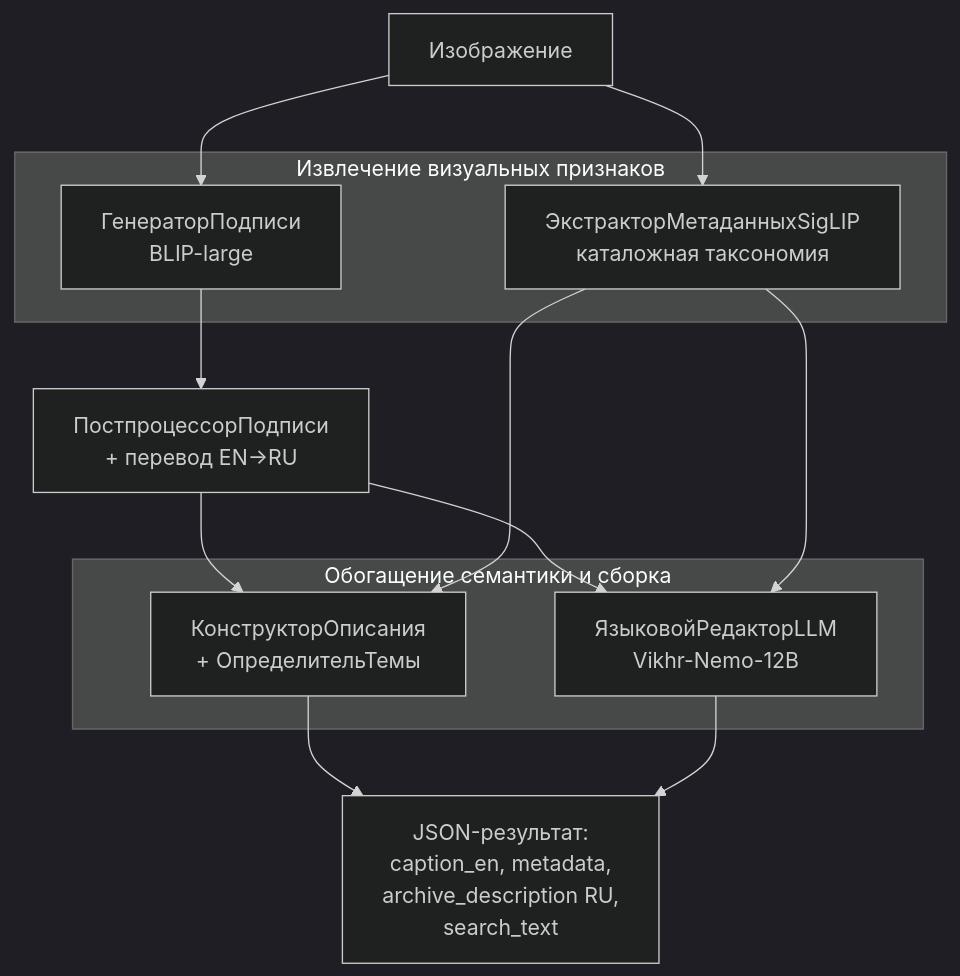
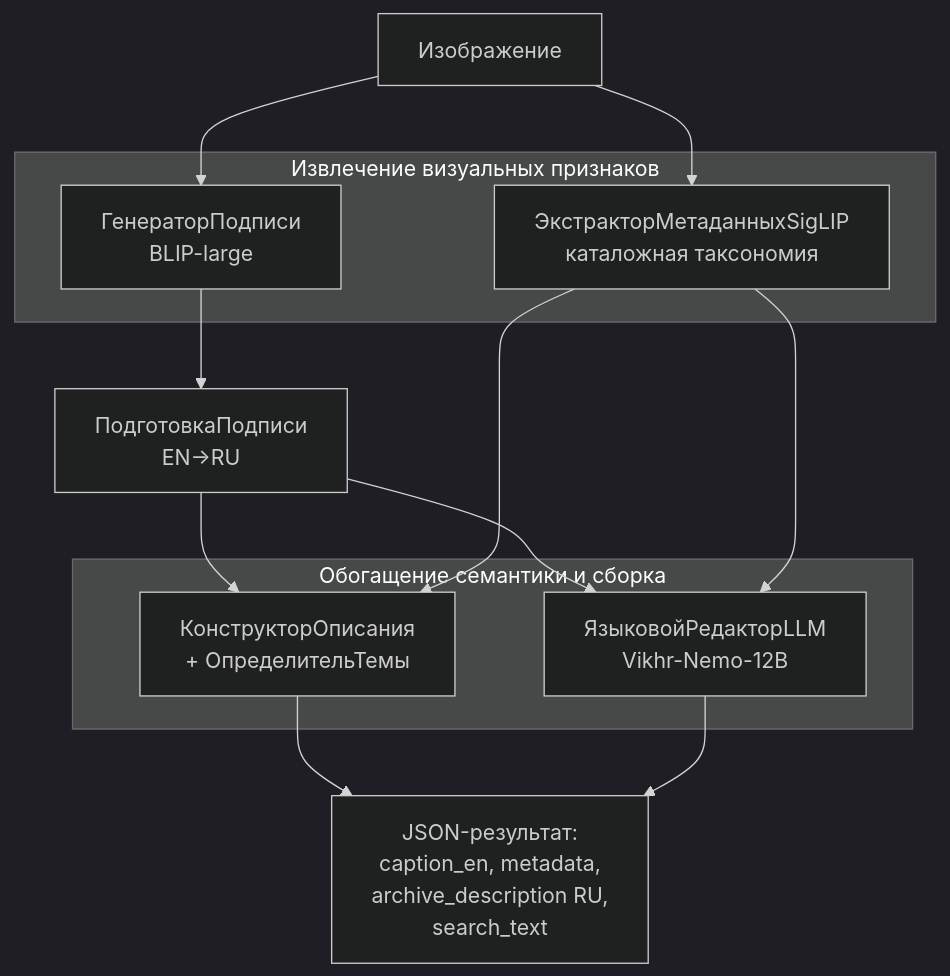
One commit to azat-khatyn/tsu-image-description changed the diagram in README.md. Above: the diagram before and after it, drawn with Mermaid (dark theme). The commit also changed other lines of this file, not shown here.

Commit message:
added component info

````diff
--- a/README.md
+++ b/README.md
@@ -31,27 +31,27 @@
 ```mermaid
 flowchart TD
     IMG[Изображение]
 
     subgraph CV [Извлечение визуальных признаков]
         BLIP[ГенераторПодписи<br/>BLIP-large]
         SigLIP[ЭкстракторМетаданныхSigLIP<br/>каталожная таксономия]
     end
 
-    POSTCAP[ПостпроцессорПодписи<br/>+ перевод EN→RU]
+    POSTCAP[ПодготовкаПодписи<br/>EN→RU]
 
     subgraph SEM [Обогащение семантики и сборка]
         BUILD[КонструкторОписания<br/>+ ОпределительТемы]
         LLM[ЯзыковойРедакторLLM<br/>Vikhr-Nemo-12B]
     end
 
     OUT[JSON-результат:<br/>caption_en, metadata,<br/>archive_description RU,<br/>search_text]
 
     IMG --> BLIP --> POSTCAP
     IMG --> SigLIP
     POSTCAP --> BUILD
     POSTCAP --> LLM
     SigLIP --> BUILD
     SigLIP --> LLM
     BUILD --> OUT
     LLM --> OUT
 ```
````
